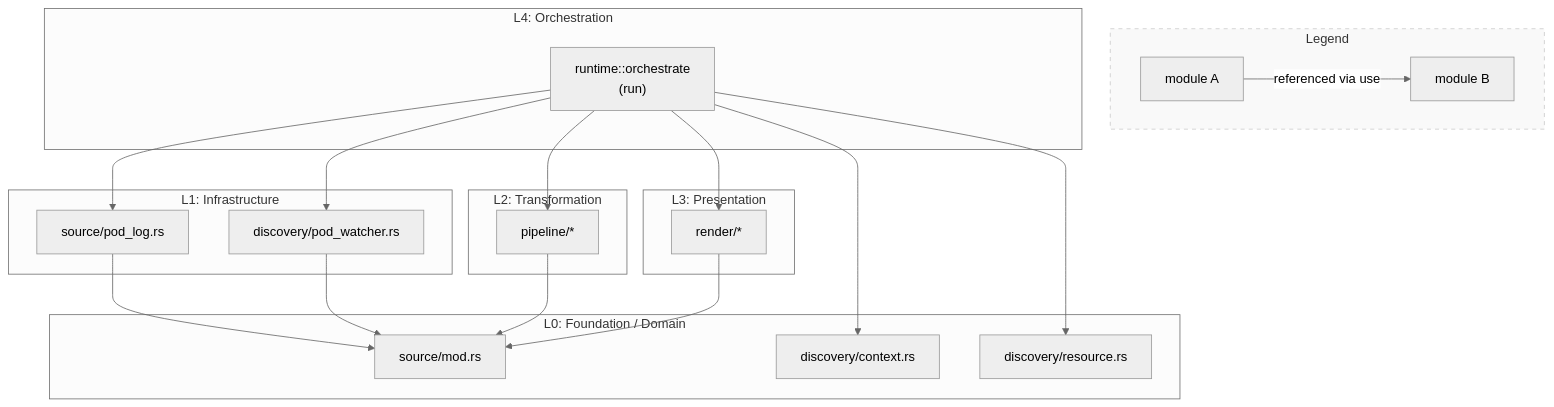
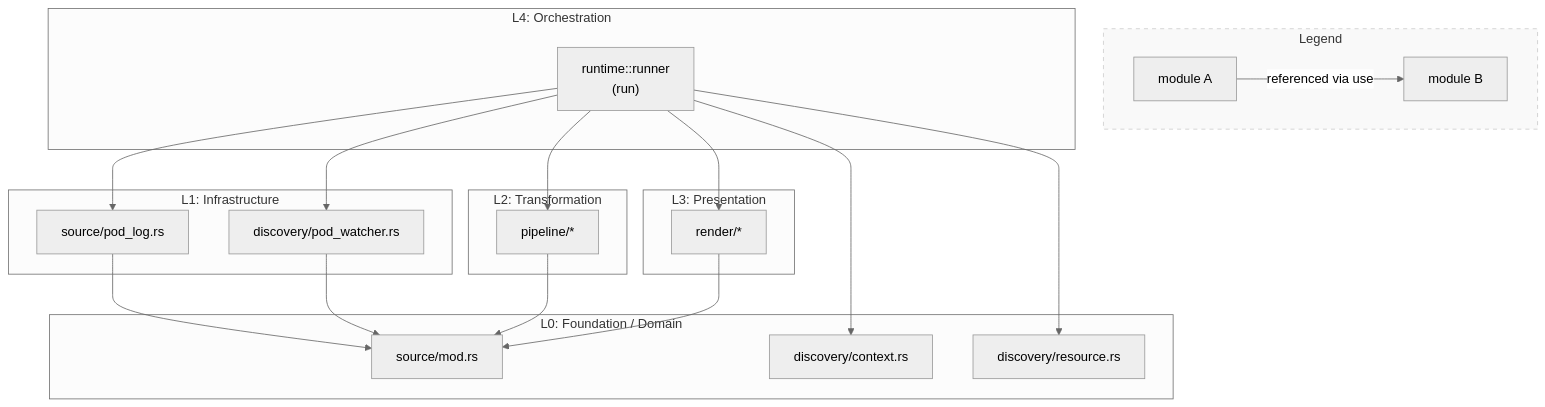
Before and after one commit to daisuke8000/rustern: the first of 5 diagrams in crates/rustern-core/README.md, drawn with Mermaid (neutral theme). The commit also changed other lines of this file and 13 other files, not shown here.

First line of the commit message:
feat(cli): Issue #22 parity and runtime runner rename (#34)

````diff
--- a/crates/rustern-core/README.md
+++ b/crates/rustern-core/README.md
@@ -60,44 +60,44 @@
 ```mermaid
 flowchart TD
     subgraph Legend [Legend]
         direction LR
         NodeA[module A] -->|referenced via use| NodeB[module B]
     end
 
     subgraph L4 [L4: Orchestration]
-        Runtime["runtime::orchestrate<br/>(run)"]
+        Runtime["runtime::runner<br/>(run)"]
     end
 
     subgraph L3 [L3: Presentation]
         Render["render/*"]
     end
 
     subgraph L2 [L2: Transformation]
         Pipeline["pipeline/*"]
     end
 
     subgraph L1 [L1: Infrastructure]
         PodLog["source/pod_log.rs"]
         PodWatcher["discovery/pod_watcher.rs"]
     end
 
     subgraph L0 [L0: Foundation / Domain]
         SrcMod["source/mod.rs"]
         DiscCtx["discovery/context.rs"]
         DiscRes["discovery/resource.rs"]
     end
 
     Runtime --> DiscCtx
     Runtime --> DiscRes
     Runtime --> PodWatcher
     Runtime --> PodLog
     Runtime --> Pipeline
     Runtime --> Render
 
     PodLog --> SrcMod
     PodWatcher --> SrcMod
     Pipeline --> SrcMod
     Render --> SrcMod
 
     style Legend fill:#f9f9f9,stroke:#ccc,stroke-dasharray: 5 5
 ```
````
